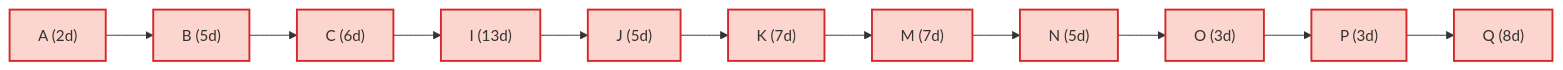
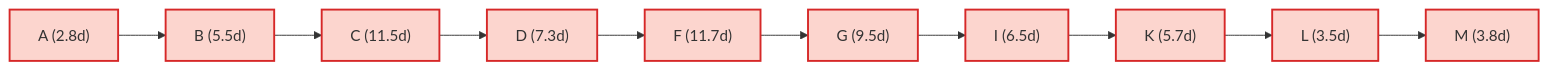
Before and after one commit to P7XCKD/NF: the second of 2 diagrams in Notes Factory/Semister 5/EDS/xp/EDS SLA 2.md, drawn with Mermaid. The commit also changed other lines of this file, not shown here.

````diff
--- a/Notes Factory/Semister 5/EDS/xp/EDS SLA 2.md
+++ b/Notes Factory/Semister 5/EDS/xp/EDS SLA 2.md
@@ -144,22 +101,18 @@
 ```mermaid
 graph LR
-  A["A (2d)"]
-  B["B (5d)"]
-  C["C (6d)"]
-  I["I (13d)"]
-  J["J (5d)"]
-  K["K (7d)"]
-  M["M (7d)"]
-  N["N (5d)"]
-  O["O (3d)"]
-  P["P (3d)"]
-  Q["Q (8d)"]
+  A["A (2.8d)"]
+  B["B (5.5d)"]
+  C["C (11.5d)"]
+  D["D (7.3d)"]
+  F["F (11.7d)"]
+  G["G (9.5d)"]
+  I["I (6.5d)"]
+  K["K (5.7d)"]
+  L["L (3.5d)"]
+  M["M (3.8d)"]
 
-  A --> B --> C --> I --> J --> K --> M --> N --> O --> P --> Q
+  A --> B --> C --> D --> F --> G --> I --> K --> L --> M
 
-  %% Style critical path
   classDef crit fill:#fcd5ce,stroke:#d62828,stroke-width:2px;
-  class A,B,C,I,J,K,M,N,O,P,Q crit;
-
-
+  class A,B,C,D,F,G,I,K,L,M crit;
 ```
````
